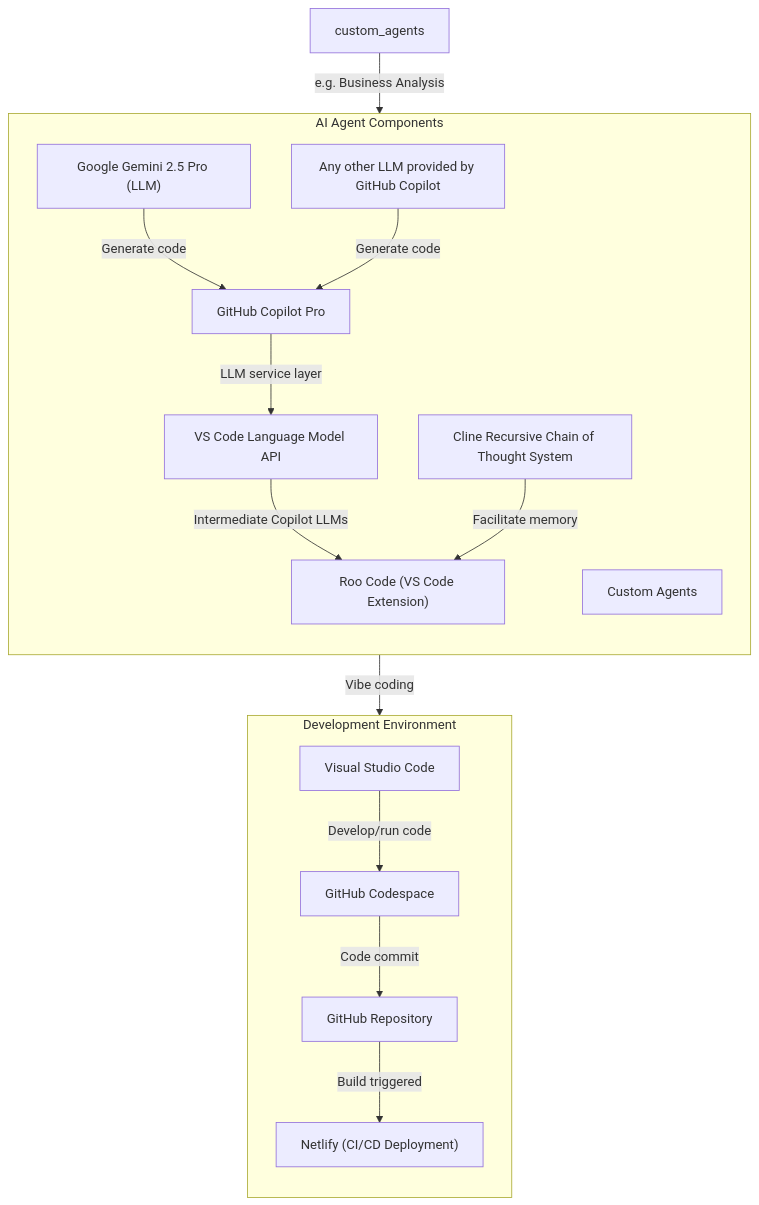
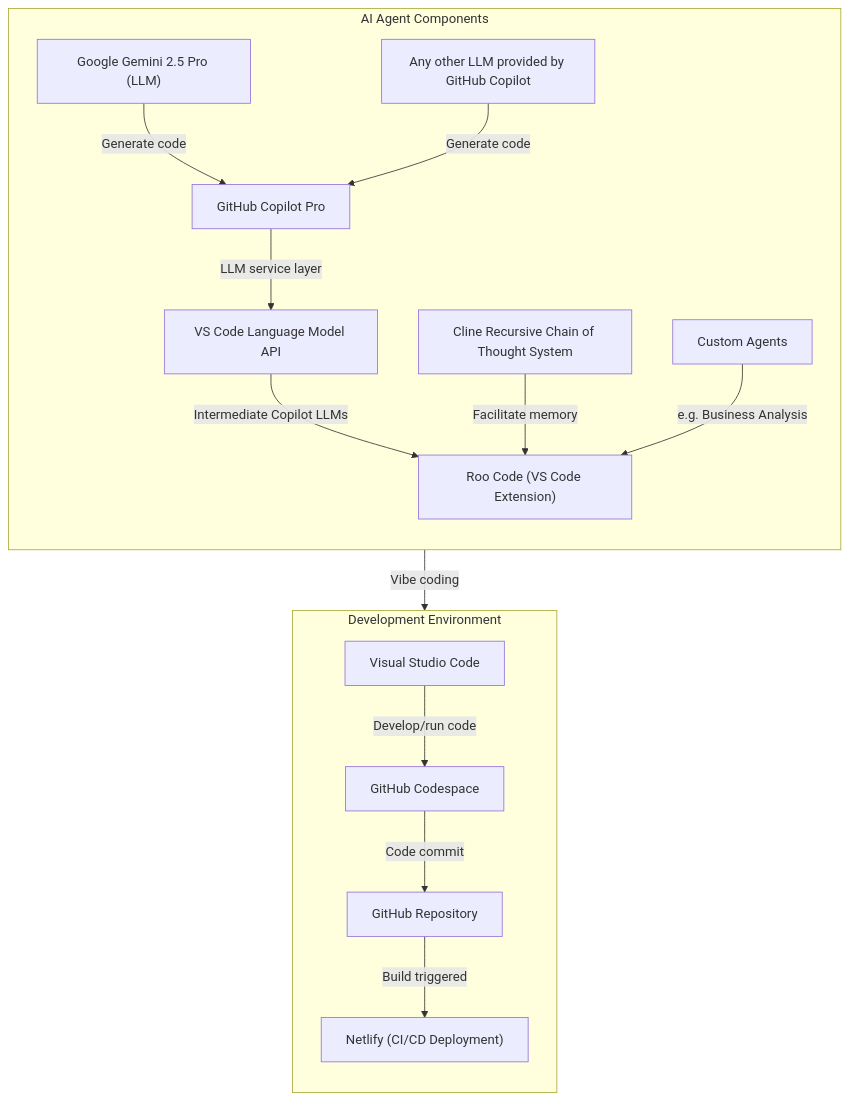
The diagram in README.md (RickRinewalt/pipeline), drawn with Mermaid before and after one commit.

````diff
--- a/README.md
+++ b/README.md
@@ -16,34 +16,34 @@
 ```mermaid
 graph TB
     subgraph AI [AI Agent Components]
         direction TB
         roo["Roo Code (VS Code Extension)"]
         roo_agents["Custom Agents"]
         crct["Cline Recursive Chain of Thought System"]
         vscode_lmapi[VS Code Language Model API]
         github_copilot[GitHub Copilot Pro]
         llm["Google Gemini 2.5 Pro (LLM)"]
         other_model["Any other LLM provided by GitHub Copilot"]
     end
 
     subgraph DEV [Development Environment]
         direction TB
         vscode[Visual Studio Code]
         codespace[GitHub Codespace]
         github["GitHub Repository"]
         netlify["Netlify (CI/CD Deployment)"]
     end
 
     llm --> |Generate code| github_copilot
     other_model --> |Generate code| github_copilot
     github_copilot --> |LLM service layer| vscode_lmapi
     vscode_lmapi --> |Intermediate Copilot LLMs| roo
     crct --> |Facilitate memory| roo
-    custom_agents --> |e.g. Business Analysis| roo
+    roo_agents --> |e.g. Business Analysis| roo
     roo --> |Vibe coding| codespace
 
     vscode --> |Develop/run code| codespace
     codespace --> |Code commit| github
     github --> |Build triggered| netlify
 
 ```
````
